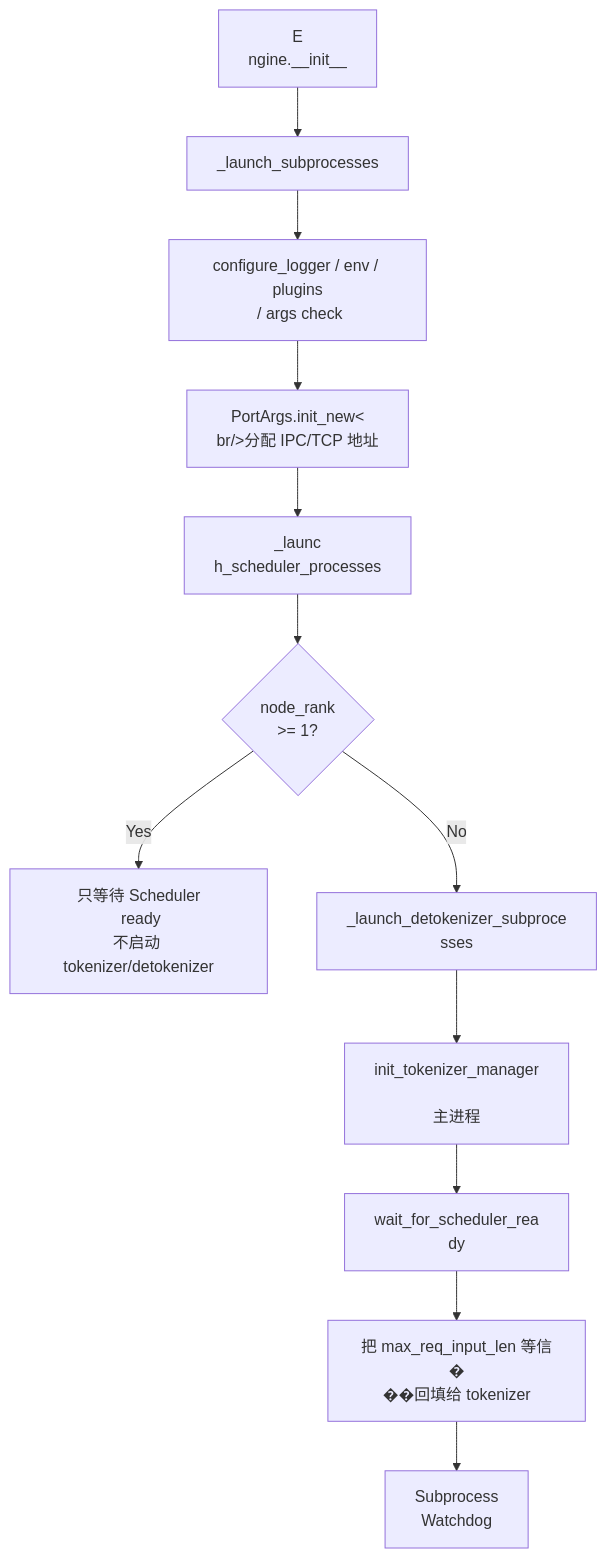
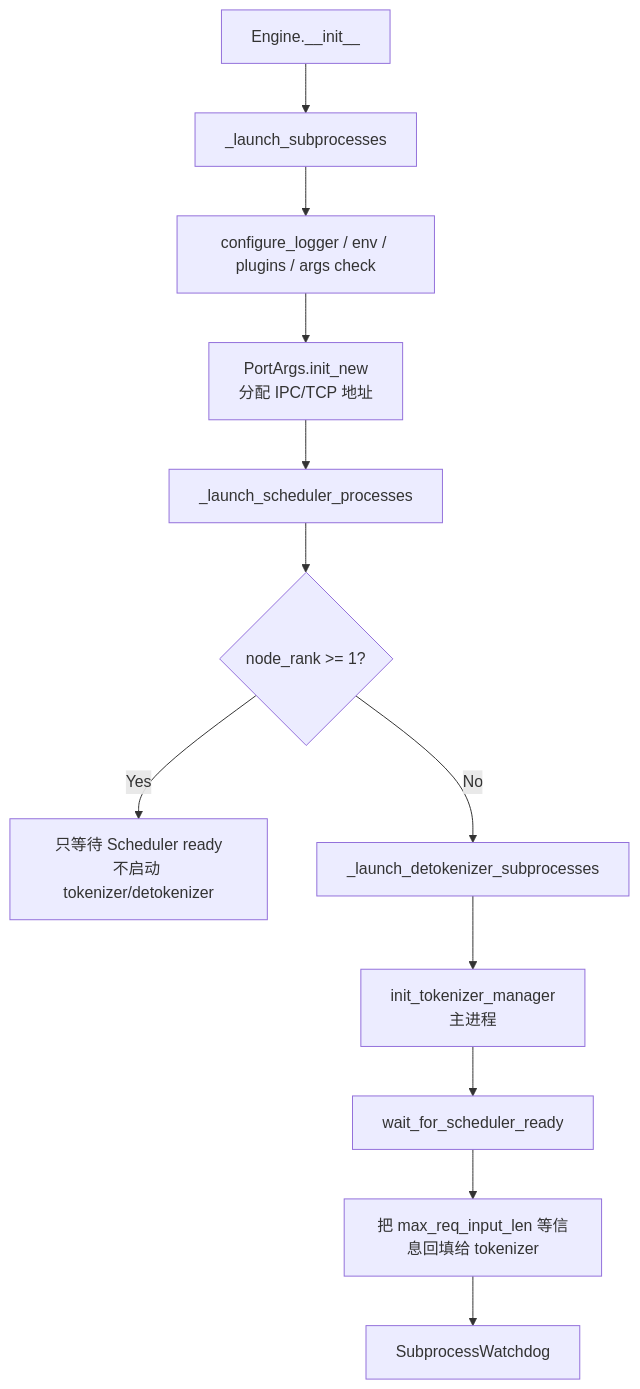
One commit to cl-vv-h/AI_Infra_Tutor_Page changed the fourth of 32 diagrams in src/data/sglang-content/sglang-source-reading/06-multiprocess-distributed.md. Above: the diagram before and after it, drawn with Mermaid. The commit also changed other lines of this file and 25 other files, not shown here.

Commit message:
Fix markdown rendering with react-markdown, add SGLang knowledge graph

````diff
--- a/src/data/sglang-content/sglang-source-reading/06-multiprocess-distributed.md
+++ b/src/data/sglang-content/sglang-source-reading/06-multiprocess-distributed.md
@@ -229,27 +108,14 @@
 ```mermaid
 flowchart TD
-  A["E
-ngine.__init__"] --> B["_launch_subprocesses"
-]
-  B --> C["configure_logger / env / plugins
- / args check"]
-  C --> D["PortArgs.init_new<
-br/>分配 IPC/TCP 地址"]
-  D --> E["_launc
-h_scheduler_processes"]
-  E --> F{"node_rank 
->= 1?"}
-  F -->|"Yes"| G["只等待 Scheduler
- ready<br/>不启动 tokenizer/detokenizer"]
-
-  F -->|"No"| H["_launch_detokenizer_subproce
-sses"]
-  H --> I["init_tokenizer_manager<br/>
-主进程"]
-  I --> J["wait_for_scheduler_rea
-dy"]
-  J --> K["把 max_req_input_len 等信�
-��回填给 tokenizer"]
-  K --> L["Subprocess
-Watchdog"]
+  A["Engine.__init__"] --> B["_launch_subprocesses"]
+  B --> C["configure_logger / env / plugins / args check"]
+  C --> D["PortArgs.init_new<br/>分配 IPC/TCP 地址"]
+  D --> E["_launch_scheduler_processes"]
+  E --> F{"node_rank >= 1?"}
+  F -->|"Yes"| G["只等待 Scheduler ready<br/>不启动 tokenizer/detokenizer"]
+  F -->|"No"| H["_launch_detokenizer_subprocesses"]
+  H --> I["init_tokenizer_manager<br/>主进程"]
+  I --> J["wait_for_scheduler_ready"]
+  J --> K["把 max_req_input_len 等信息回填给 tokenizer"]
+  K --> L["SubprocessWatchdog"]
 ```
````
